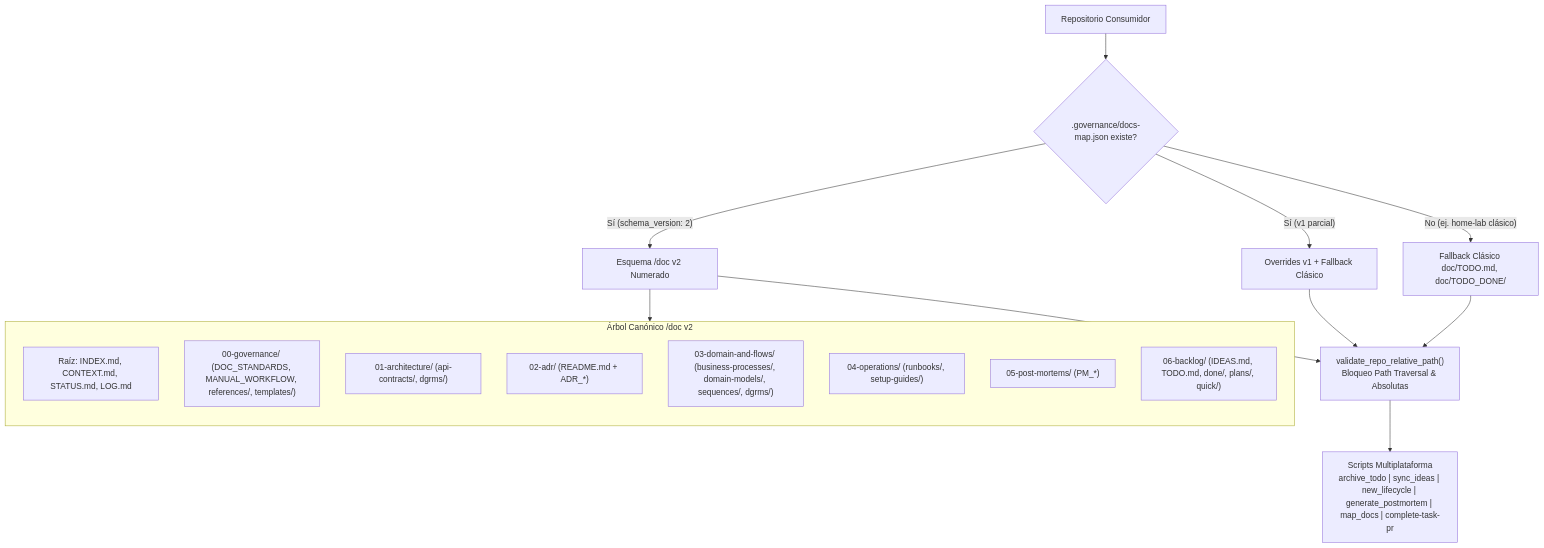
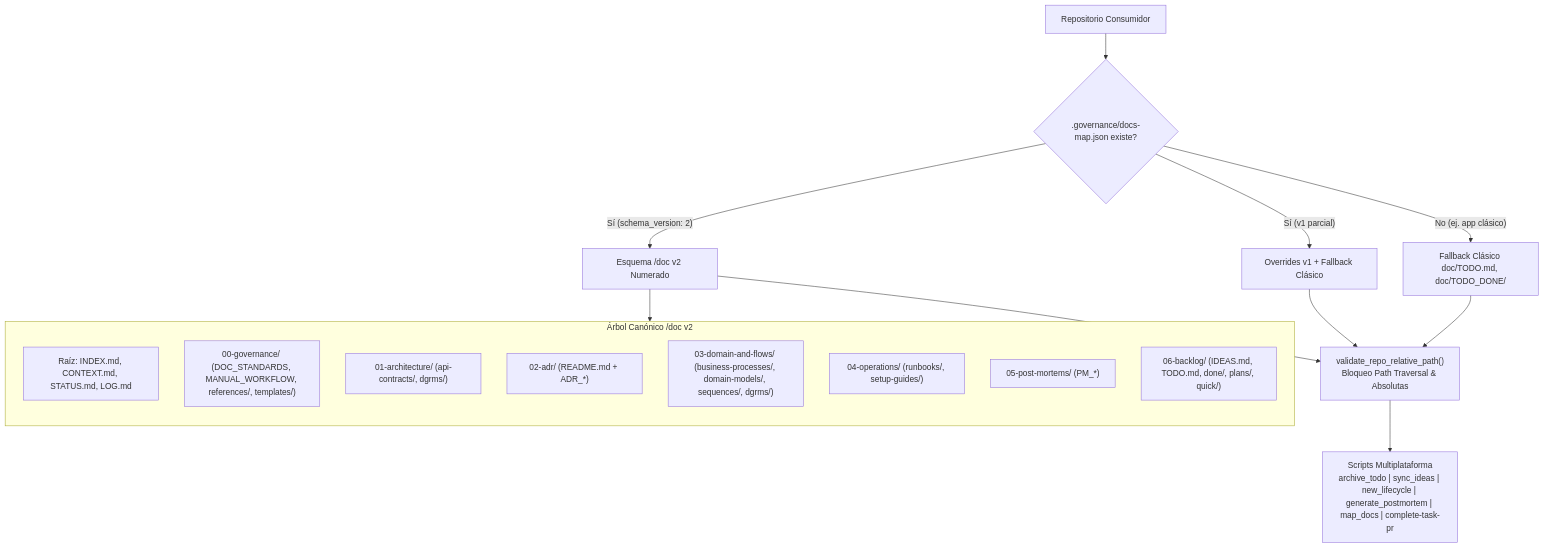
Before and after one commit to ACB75/aagy: the diagram in doc/01-architecture/dgrms/DGRM_aagy_doc_v2_structure.mmd, drawn with Mermaid. The commit also changed 137 other files, not shown here.

```diff
--- a/doc/01-architecture/dgrms/DGRM_aagy_doc_v2_structure.mmd
+++ b/doc/01-architecture/dgrms/DGRM_aagy_doc_v2_structure.mmd
@@ -1,25 +1,25 @@
 flowchart TD
     Root["Repositorio Consumidor"] --> CheckMap{".governance/docs-map.json existe?"}
     CheckMap -- "Sí (schema_version: 2)" --> V2["Esquema /doc v2 Numerado"]
     CheckMap -- "Sí (v1 parcial)" --> V1["Overrides v1 + Fallback Clásico"]
-    CheckMap -- "No (ej. home-lab clásico)" --> Legacy["Fallback Clásico doc/TODO.md, doc/TODO_DONE/"]
+    CheckMap -- "No (ej. app clásico)" --> Legacy["Fallback Clásico doc/TODO.md, doc/TODO_DONE/"]
 
     V2 --> SecGuard["validate_repo_relative_path()\nBloqueo Path Traversal & Absolutas"]
     V1 --> SecGuard
     Legacy --> SecGuard
 
     SecGuard --> Scripts["Scripts Multiplataforma\narchive_todo | sync_ideas | new_lifecycle | generate_postmortem | map_docs | complete-task-pr"]
 
     subgraph DocV2["Árbol Canónico /doc v2"]
         direction TB
         Spine["Raíz: INDEX.md, CONTEXT.md, STATUS.md, LOG.md"]
         D0["00-governance/ (DOC_STANDARDS, MANUAL_WORKFLOW, references/, templates/)"]
         D1["01-architecture/ (api-contracts/, dgrms/)"]
         D2["02-adr/ (README.md + ADR_*)"]
         D3["03-domain-and-flows/ (business-processes/, domain-models/, sequences/, dgrms/)"]
         D4["04-operations/ (runbooks/, setup-guides/)"]
         D5["05-post-mortems/ (PM_*)"]
         D6["06-backlog/ (IDEAS.md, TODO.md, done/, plans/, quick/)"]
     end
 
     V2 --> DocV2
```
